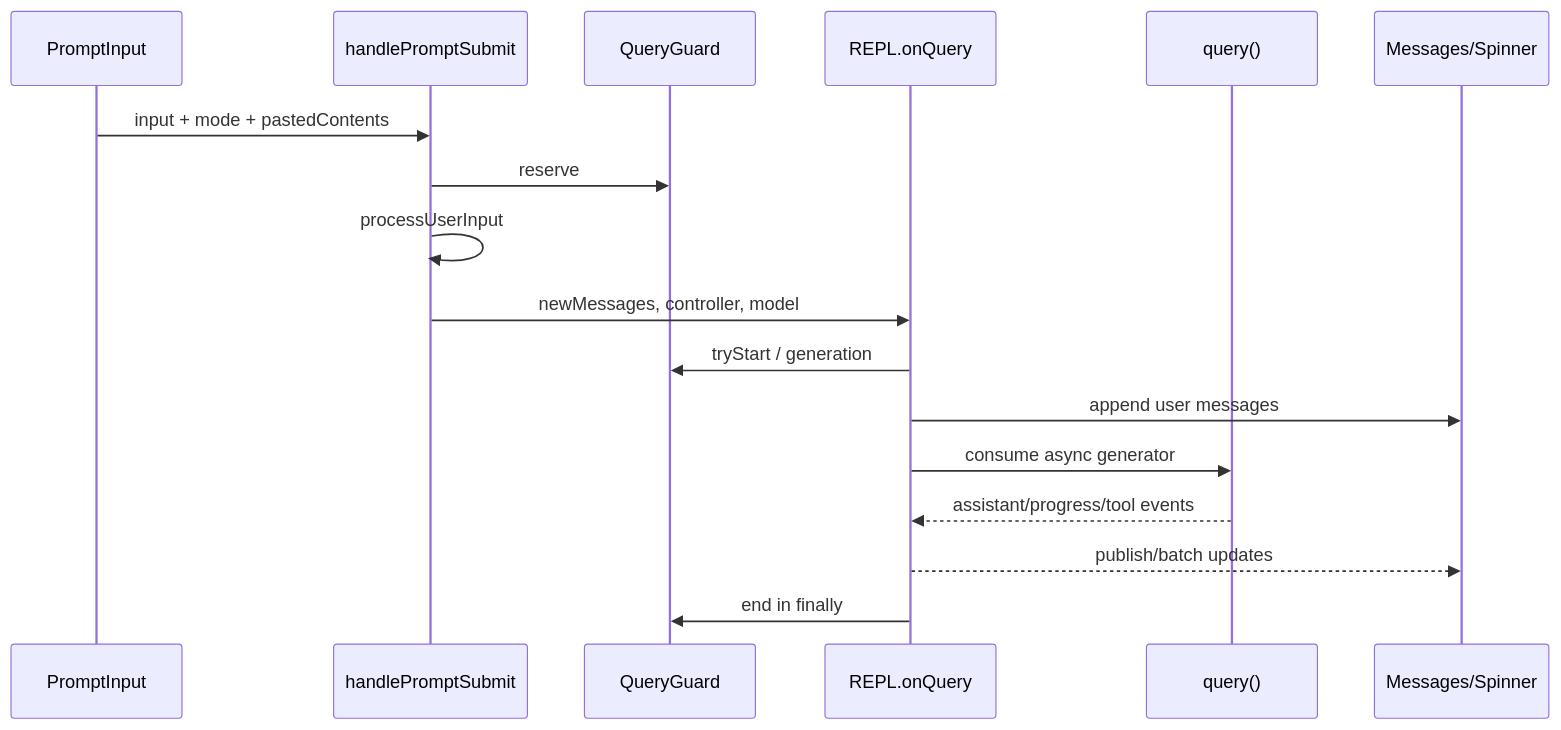
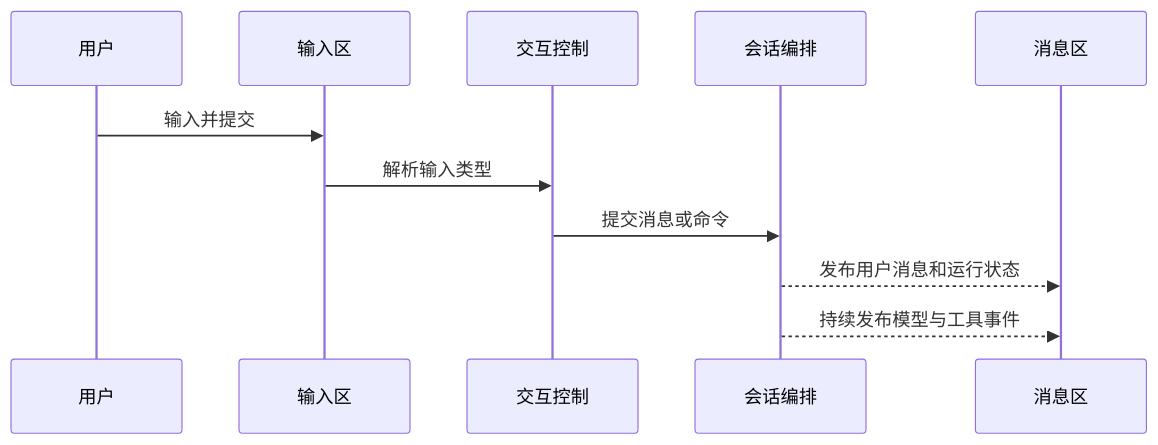
One commit to Hanxcellent/openclaude changed the second of 2 diagrams in docs/project-guide/09-tui-interaction-flow.md. Above: the diagram before and after it, drawn with Mermaid. The commit also changed other lines of this file and 44 other files, not shown here.

````diff
--- a/docs/project-guide/09-tui-interaction-flow.md
+++ b/docs/project-guide/09-tui-interaction-flow.md
@@ -71,19 +53,14 @@
 ```mermaid
 sequenceDiagram
-  participant I as PromptInput
-  participant H as handlePromptSubmit
-  participant G as QueryGuard
-  participant R as REPL.onQuery
-  participant Q as query()
-  participant V as Messages/Spinner
-  I->>H: input + mode + pastedContents
-  H->>G: reserve
-  H->>H: processUserInput
-  H->>R: newMessages, controller, model
-  R->>G: tryStart / generation
-  R->>V: append user messages
-  R->>Q: consume async generator
-  Q-->>R: assistant/progress/tool events
-  R-->>V: publish/batch updates
-  R->>G: end in finally
+  participant U as 用户
+  participant P as 输入区
+  participant I as 交互控制
+  participant Q as 会话编排
+  participant V as 消息区
+
+  U->>P: 输入并提交
+  P->>I: 解析输入类型
+  I->>Q: 提交消息或命令
+  Q-->>V: 发布用户消息和运行状态
+  Q-->>V: 持续发布模型与工具事件
 ```
````
